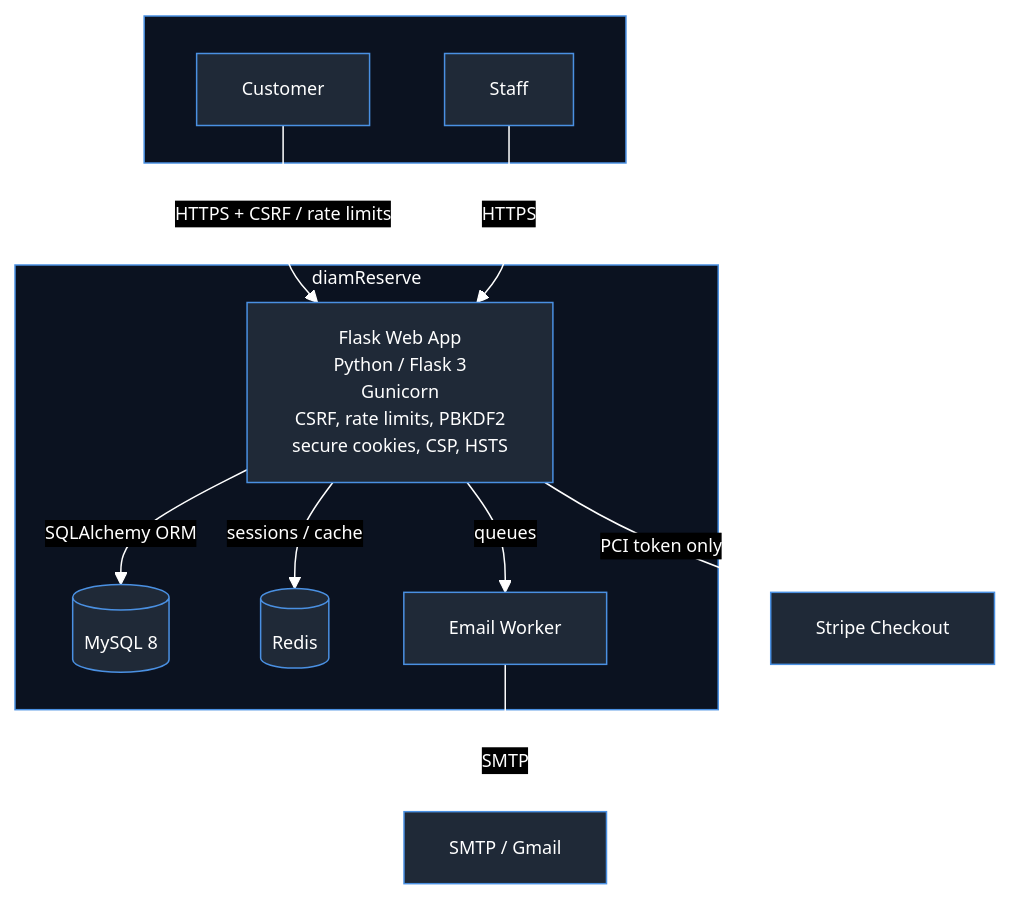
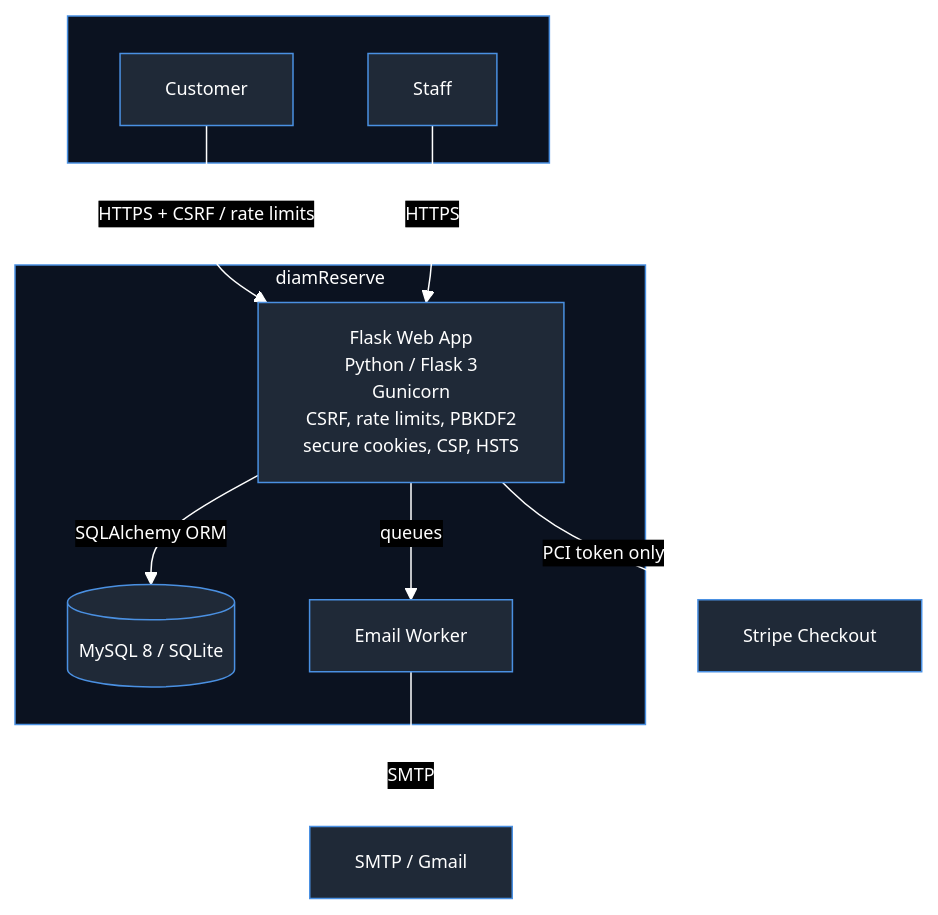
Before and after one commit to adam-scholey/adam-scholey.github.io: the diagram in diagrams/diamreserve.mmd, drawn with Mermaid. The commit also changed 3 other files, not shown here.

First line of the commit message:
Update project diagrams and tags

```diff
--- a/diagrams/diamreserve.mmd
+++ b/diagrams/diamreserve.mmd
@@ -1,24 +1,22 @@
-%%{init: {'theme':'base','themeVariables':{'darkMode':true,'background':'#0d1117','primaryColor':'#1f2937','primaryTextColor':'#ffffff','primaryBorderColor':'#4a90e2','secondaryColor':'#111827','secondaryTextColor':'#ffffff','secondaryBorderColor':'#4a90e2','tertiaryColor':'#0b1220','tertiaryTextColor':'#ffffff','tertiaryBorderColor':'#4a90e2','lineColor':'#ffffff','arrowheadColor':'#ffffff','textColor':'#ffffff','fontSize':'12px'}}}%%
+%%{init: {"theme":"base","themeVariables":{"darkMode":true,"background":"#0d1117","primaryColor":"#1f2937","primaryTextColor":"#ffffff","primaryBorderColor":"#4a90e2","secondaryColor":"#111827","secondaryTextColor":"#ffffff","secondaryBorderColor":"#4a90e2","tertiaryColor":"#0b1220","tertiaryTextColor":"#ffffff","tertiaryBorderColor":"#4a90e2","lineColor":"#ffffff","arrowheadColor":"#ffffff","textColor":"#ffffff","fontSize":"12px"}}}%%
 flowchart TB
     subgraph Client[" "]
         customer[Customer]
         staff[Staff]
     end
 
     subgraph diamReserve["diamReserve"]
         flask[Flask Web App<br/>Python / Flask 3<br/>Gunicorn<br/>CSRF, rate limits, PBKDF2<br/>secure cookies, CSP, HSTS]
-        mysql[(MySQL 8)]
-        redis[(Redis)]
+        mysql[(MySQL 8 / SQLite)]
         mail[Email Worker]
     end
 
     stripe[Stripe Checkout]
     smtp[SMTP / Gmail]
 
     customer -->|HTTPS + CSRF / rate limits| flask
     staff -->|HTTPS| flask
     flask -->|SQLAlchemy ORM| mysql
-    flask -->|sessions / cache| redis
     flask -->|queues| mail
     mail -->|SMTP| smtp
     flask -->|PCI token only| stripe
```
